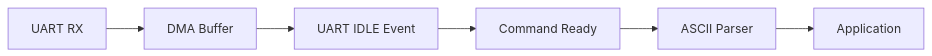
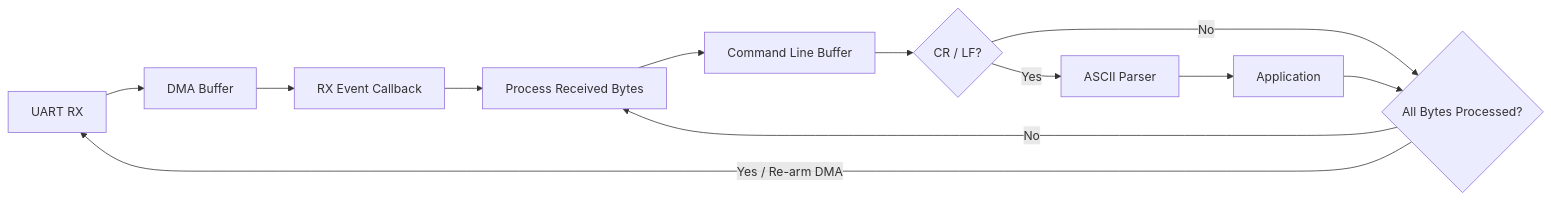
One commit to John0729/STM32F407-Smart-Controller changed the fourth of 7 diagrams in README.md. Above: the diagram before and after it, drawn with Mermaid. The commit also changed other lines of this file and 2 other files, not shown here.

````diff
--- a/README.md
+++ b/README.md
@@ -243,16 +254,27 @@
 ```mermaid
 flowchart LR
 
     RX[UART RX]
     DMA[DMA Buffer]
-    IDLE[UART IDLE Event]
-    FLAG[Command Ready]
+    EVENT[RX Event Callback]
+    PROCESS[Process Received Bytes]
+    LINE[Command Line Buffer]
+    CHECK{CR / LF?}
     PARSER[ASCII Parser]
     APP[Application]
+    NEXT{All Bytes Processed?}
 
     RX --> DMA
-    DMA --> IDLE
-    IDLE --> FLAG
-    FLAG --> PARSER
+    DMA --> EVENT
+    EVENT --> PROCESS
+    PROCESS --> LINE
+    LINE --> CHECK
+
+    CHECK -->|No| NEXT
+    CHECK -->|Yes| PARSER
     PARSER --> APP
+    APP --> NEXT
+
+    NEXT -->|No| PROCESS
+    NEXT -->|Yes / Re-arm DMA| RX
 ```
````
